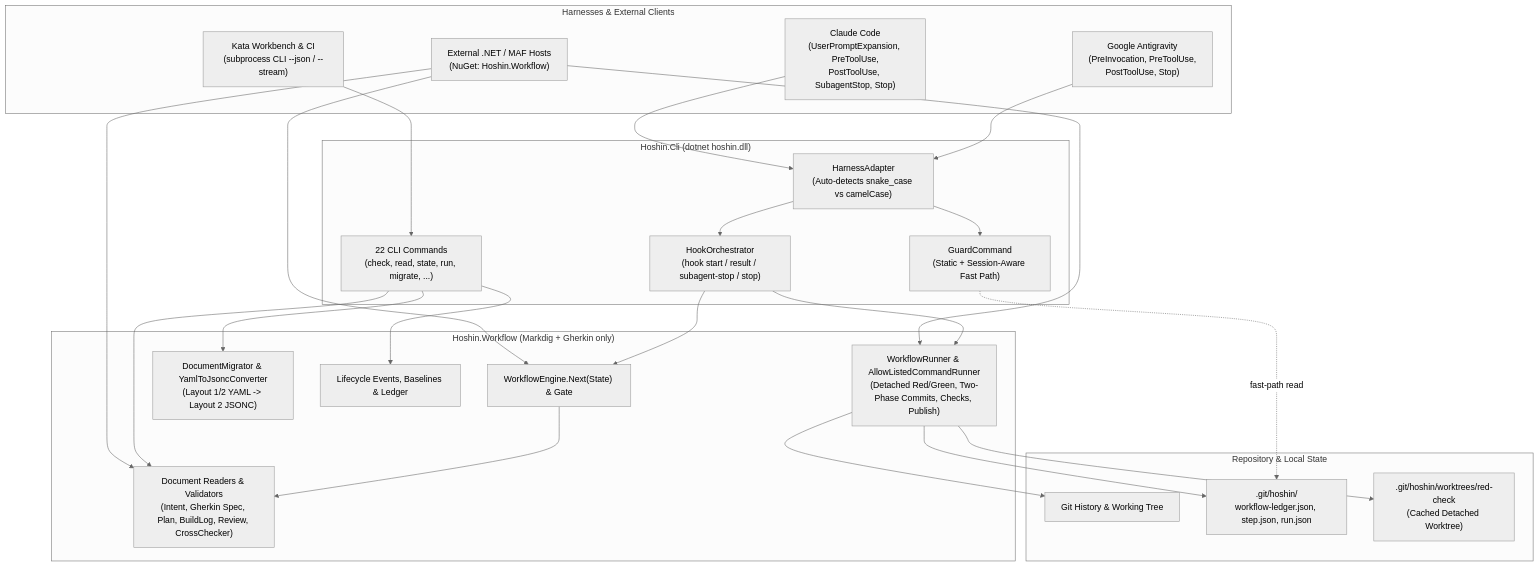
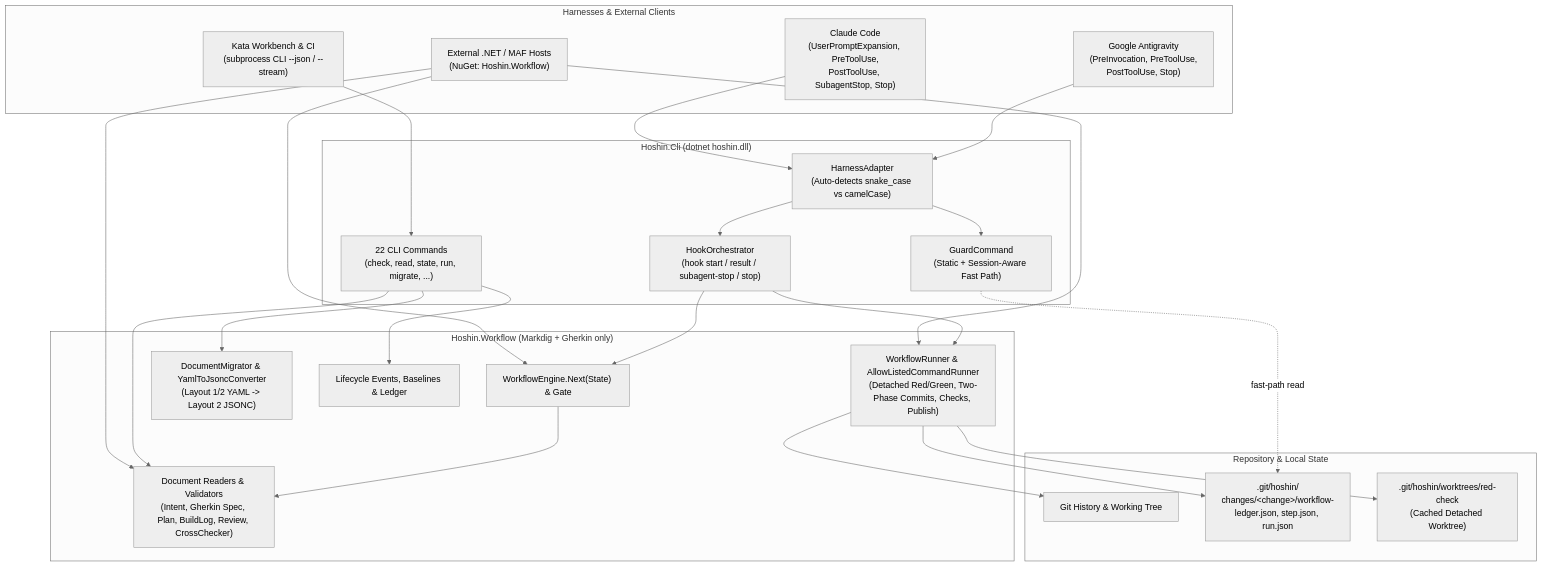
Before and after one commit to satish-krishna/Hoshin.Net: the first of 4 diagrams in DESIGN.md, drawn with Mermaid (neutral theme). The commit also changed other lines of this file and 6 other files, not shown here.

First line of the commit message:
fix(engine): scope workflow ledger per change with legacy migration

````diff
--- a/DESIGN.md
+++ b/DESIGN.md
@@ -21,41 +21,41 @@
 ```mermaid
 flowchart TB
     subgraph Callers["Harnesses & External Clients"]
         CC["Claude Code<br/>(UserPromptExpansion, PreToolUse,<br/>PostToolUse, SubagentStop, Stop)"]
         AGY["Google Antigravity<br/>(PreInvocation, PreToolUse,<br/>PostToolUse, Stop)"]
         KATA["Kata Workbench & CI<br/>(subprocess CLI --json / --stream)"]
         MAF["External .NET / MAF Hosts<br/>(NuGet: Hoshin.Workflow)"]
     end
 
     subgraph Cli["Hoshin.Cli (dotnet hoshin.dll)"]
         ADAPTER["HarnessAdapter<br/>(Auto-detects snake_case vs camelCase)"]
         ORCH["HookOrchestrator<br/>(hook start / result / subagent-stop / stop)"]
         GUARD["GuardCommand<br/>(Static + Session-Aware Fast Path)"]
         CMDS["22 CLI Commands<br/>(check, read, state, run, migrate, ...)"]
     end
 
     subgraph Lib["Hoshin.Workflow (Markdig + Gherkin only)"]
         ENGINE["WorkflowEngine.Next(State) & Gate"]
         RUNNER["WorkflowRunner & AllowListedCommandRunner<br/>(Detached Red/Green, Two-Phase Commits, Checks, Publish)"]
         DOCS["Document Readers & Validators<br/>(Intent, Gherkin Spec, Plan, BuildLog, Review, CrossChecker)"]
         MIG["DocumentMigrator & YamlToJsoncConverter<br/>(Layout 1/2 YAML -> Layout 2 JSONC)"]
         EVENTS["Lifecycle Events, Baselines & Ledger"]
     end
 
     subgraph Store["Repository & Local State"]
         GIT["Git History & Working Tree"]
-        LEDGER[".git/hoshin/<br/>workflow-ledger.json, step.json, run.json"]
+        LEDGER[".git/hoshin/<br/>changes/&lt;change&gt;/workflow-ledger.json, step.json, run.json"]
         WT[".git/hoshin/worktrees/red-check<br/>(Cached Detached Worktree)"]
     end
 
     CC & AGY --> ADAPTER
     ADAPTER --> ORCH & GUARD
     KATA --> CMDS
     MAF --> ENGINE & RUNNER & DOCS
 
     ORCH --> ENGINE & RUNNER
     GUARD -. "fast-path read" .-> LEDGER
     CMDS --> DOCS & MIG & EVENTS
     ENGINE --> DOCS
     RUNNER --> GIT & LEDGER & WT
 ```
````
